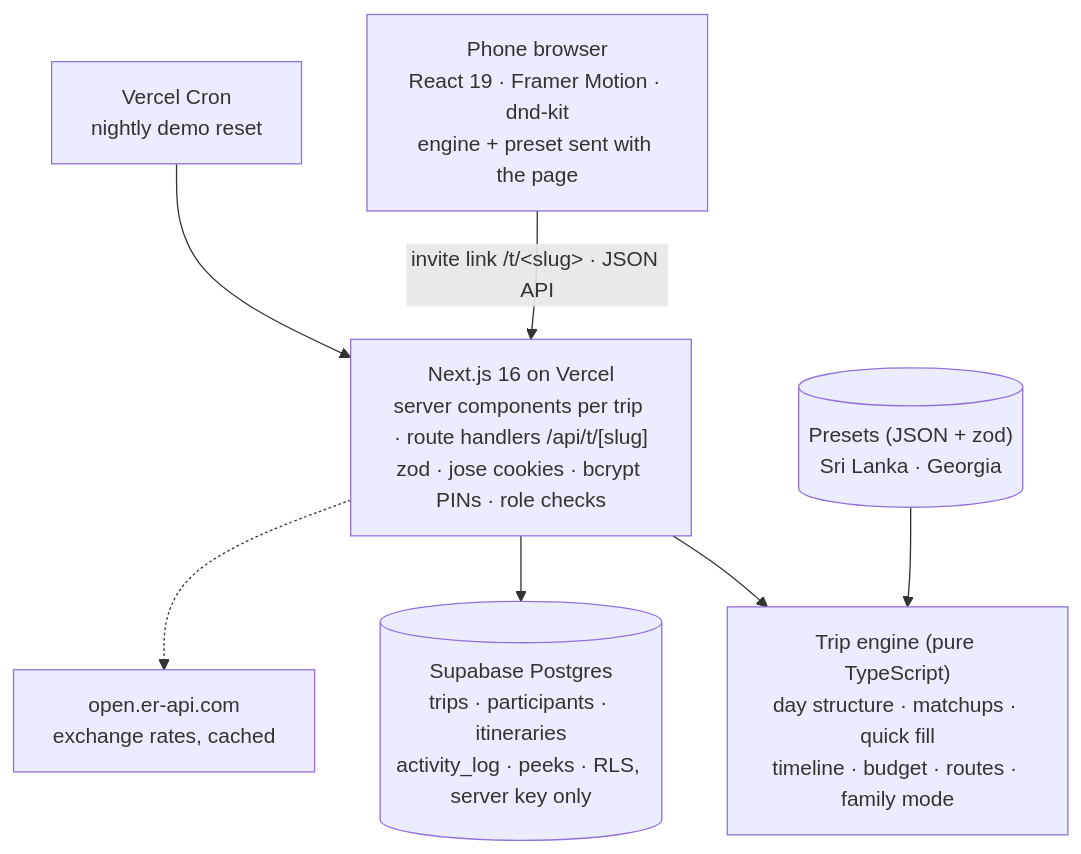
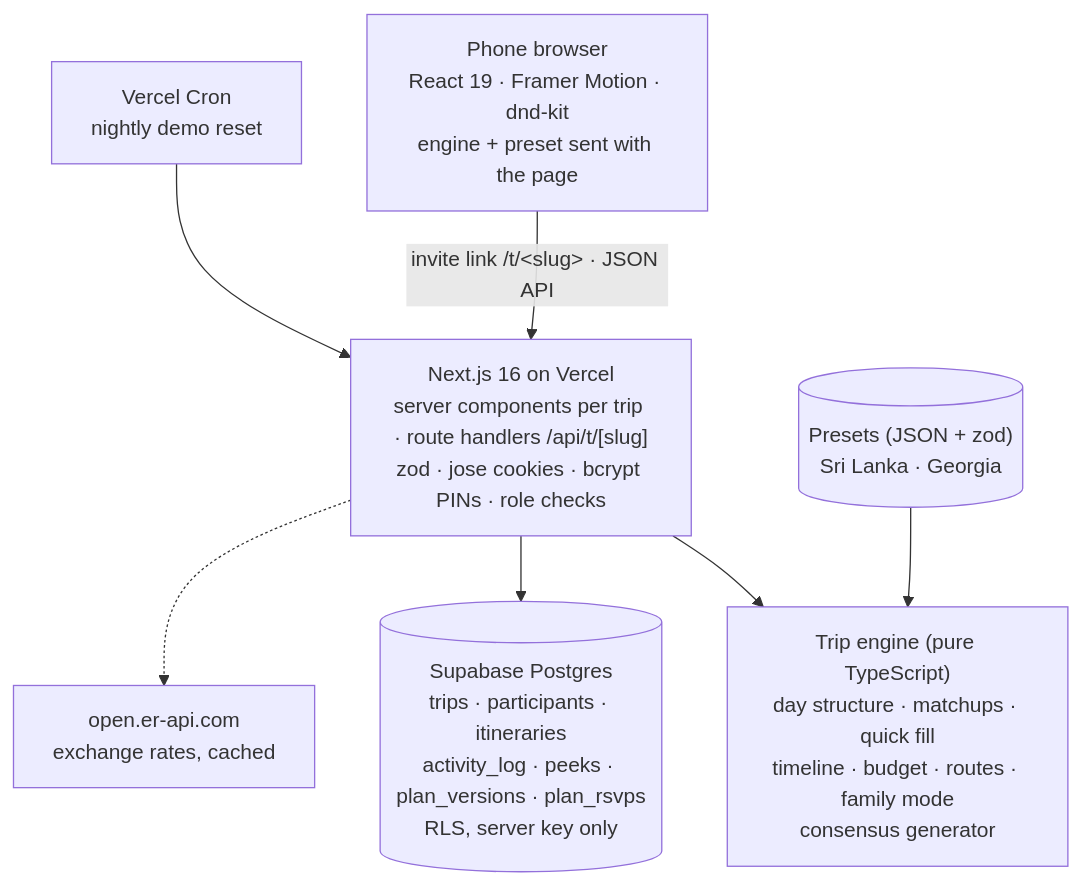
Before and after one commit to abdulaz06/caravan: the diagram in README.md, drawn with Mermaid. The commit also changed other lines of this file and 9 other files, not shown here.

````diff
--- a/README.md
+++ b/README.md
@@ -52,16 +55,16 @@
 ```mermaid
 flowchart TB
   phone["Phone browser<br/>React 19 · Framer Motion · dnd-kit<br/>engine + preset sent with the page"]
   next["Next.js 16 on Vercel<br/>server components per trip · route handlers /api/t/[slug]<br/>zod · jose cookies · bcrypt PINs · role checks"]
-  engine["Trip engine (pure TypeScript)<br/>day structure · matchups · quick fill<br/>timeline · budget · routes · family mode"]
+  engine["Trip engine (pure TypeScript)<br/>day structure · matchups · quick fill<br/>timeline · budget · routes · family mode<br/>consensus generator"]
   presets[("Presets (JSON + zod)<br/>Sri Lanka · Georgia")]
-  db[("Supabase Postgres<br/>trips · participants · itineraries<br/>activity_log · peeks · RLS, server key only")]
+  db[("Supabase Postgres<br/>trips · participants · itineraries<br/>activity_log · peeks · plan_versions · plan_rsvps<br/>RLS, server key only")]
   cron["Vercel Cron<br/>nightly demo reset"]
   rates["open.er-api.com<br/>exchange rates, cached"]
   phone -- "invite link /t/&lt;slug&gt; · JSON API" --> next
   next --> engine
   presets --> engine
   next --> db
   cron --> next
   next -.-> rates
 ```
````
